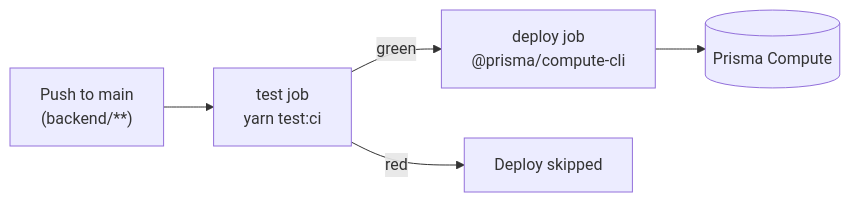
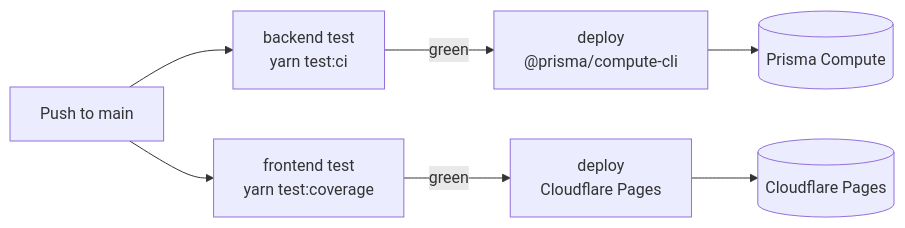
Before and after one commit to bittukumarthakur/acme-salary-management-system: the fourth of 4 diagrams in docs/architecture.md, drawn with Mermaid. The commit also changed other lines of this file and 10 other files, not shown here.

````diff
--- a/docs/architecture.md
+++ b/docs/architecture.md
@@ -120,7 +104,9 @@
 ```mermaid
 flowchart LR
-    push["Push to main<br/>(backend/**)"] --> test["test job<br/>yarn test:ci"]
-    test -->|green| deploy["deploy job<br/>@prisma/compute-cli"]
-    test -->|red| stop["Deploy skipped"]
-    deploy --> compute[("Prisma Compute")]
+    push["Push to main"] --> beTest["backend test<br/>yarn test:ci"]
+    push --> feTest["frontend test<br/>yarn test:coverage"]
+    beTest -->|green| beDeploy["deploy<br/>@prisma/compute-cli"]
+    feTest -->|green| feDeploy["deploy<br/>Cloudflare Pages"]
+    beDeploy --> compute[("Prisma Compute")]
+    feDeploy --> pages[("Cloudflare Pages")]
 ```
````
